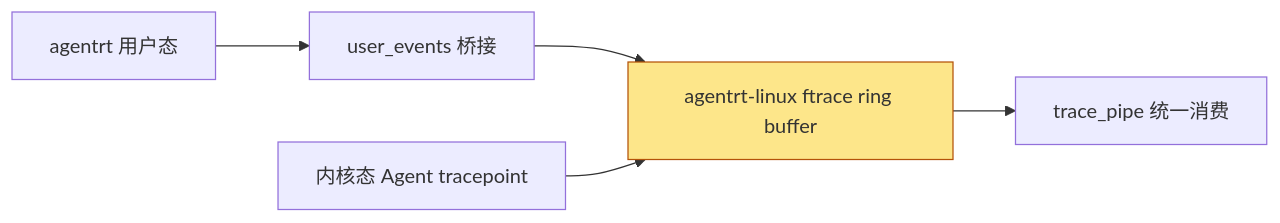
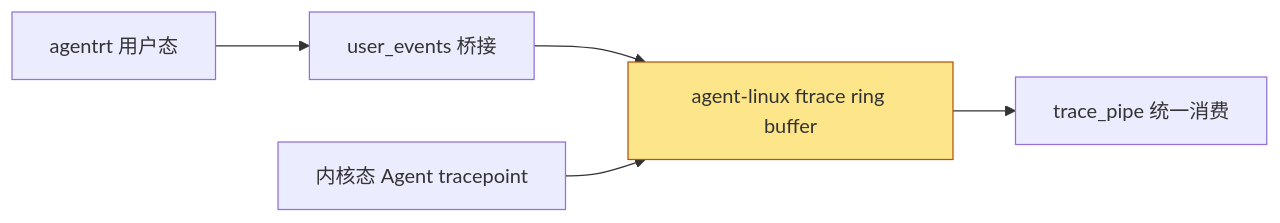
The fourth of 5 diagrams in 90-observability/01-ftrace-framework.md (openairymax/docs-linux), drawn with Mermaid before and after one commit. The commit also changed other lines of this file and 172 other files, not shown here.

Commit message:
docs: rename agentrt-linux to agent-linux across docs v0.1.3 双工程结构：agentrt-linux 改名 agent-linux。docs 全仓 186 个 文件中的 agentrt-linux 引用统一为 agent-linux（AirymaxOS 工程名/ URL/路径引用；commit hash 与历史不变）。

````diff
--- a/90-observability/01-ftrace-framework.md
+++ b/90-observability/01-ftrace-framework.md
@@ -464,8 +464,8 @@
 ```mermaid
 graph LR
     A[agentrt 用户态] --> B[user_events 桥接]
-    B --> C[agentrt-linux ftrace ring buffer]
+    B --> C[agent-linux ftrace ring buffer]
     D[内核态 Agent tracepoint] --> C
     C --> E[trace_pipe 统一消费]
     style C fill:#fde68a,stroke:#b45309
 ```
````
